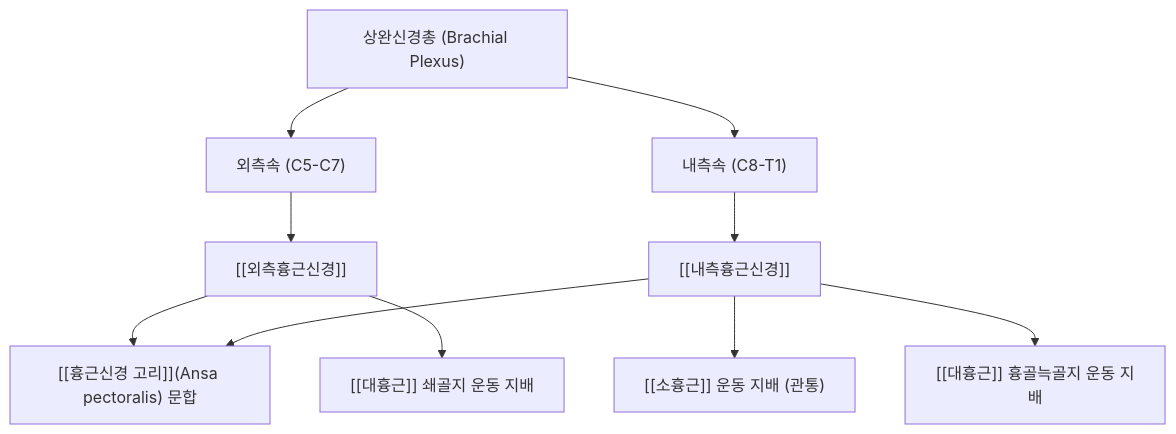
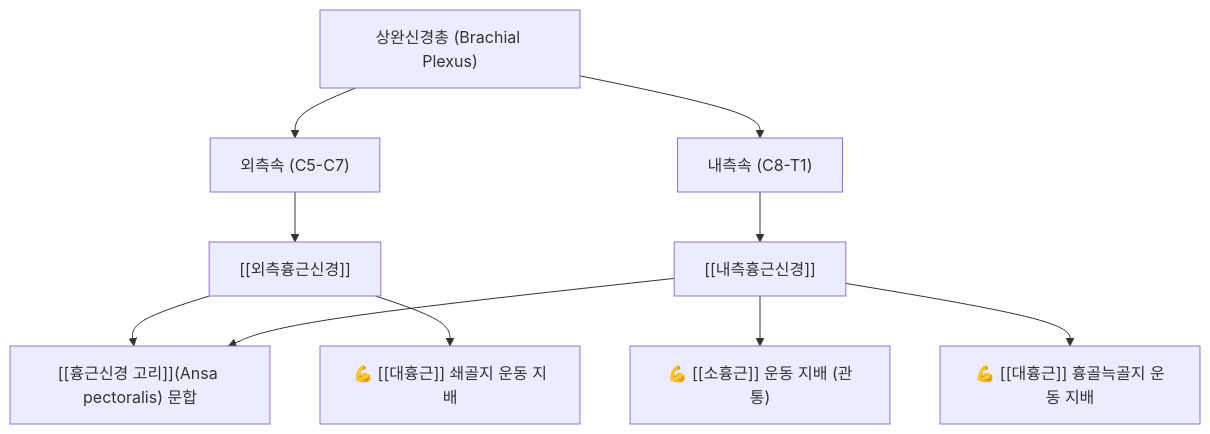
The diagram in content/1. 근골격계 공부/신경/04_상완신경총_상지/흉근신경.md (simbio11/simbio-digital-garden2), drawn with Mermaid before and after one commit. The commit also changed other lines of this file and 73 other files, not shown here.

````diff
--- a/content/1. 근골격계 공부/신경/04_상완신경총_상지/흉근신경.md
+++ b/content/1. 근골격계 공부/신경/04_상완신경총_상지/흉근신경.md
@@ -61,11 +47,11 @@
 ```mermaid
 graph TD
     Brachial["상완신경총 (Brachial Plexus)"] --> LatCord["외측속 (C5-C7)"]
     Brachial --> MedCord["내측속 (C8-T1)"]
     LatCord --> LPN["[[외측흉근신경]]"]
     MedCord --> MPN["[[내측흉근신경]]"]
     LPN & MPN --> Ansa["[[흉근신경 고리]](Ansa pectoralis) 문합"]
-    LPN --> PmajClav["[[대흉근]] 쇄골지 운동 지배"]
-    MPN --> Pmin["[[소흉근]] 운동 지배 (관통)"]
-    MPN --> PmajSterno["[[대흉근]] 흉골늑골지 운동 지배"]
+    LPN --> PmajClav["💪 [[대흉근]] 쇄골지 운동 지배"]
+    MPN --> Pmin["💪 [[소흉근]] 운동 지배 (관통)"]
+    MPN --> PmajSterno["💪 [[대흉근]] 흉골늑골지 운동 지배"]
 ```
````
